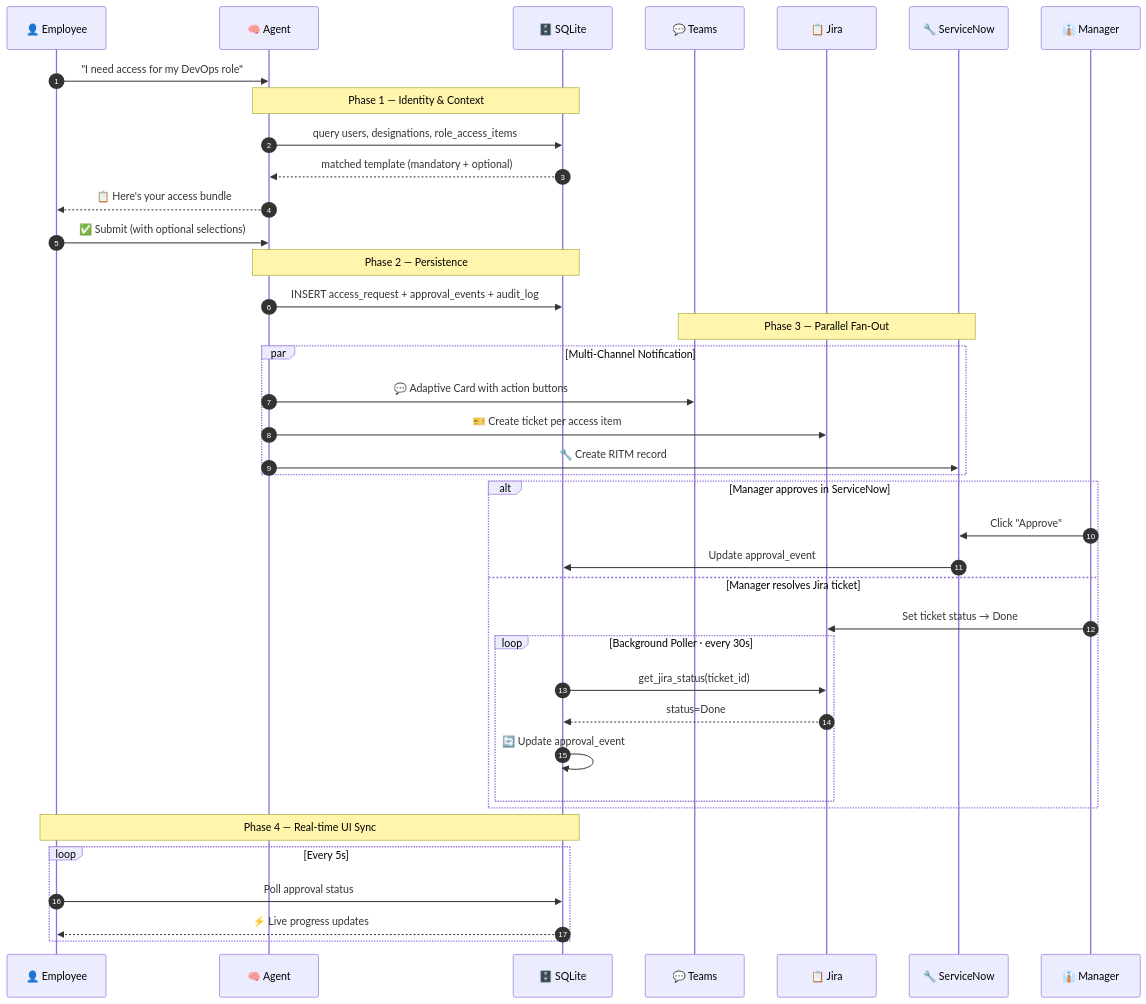
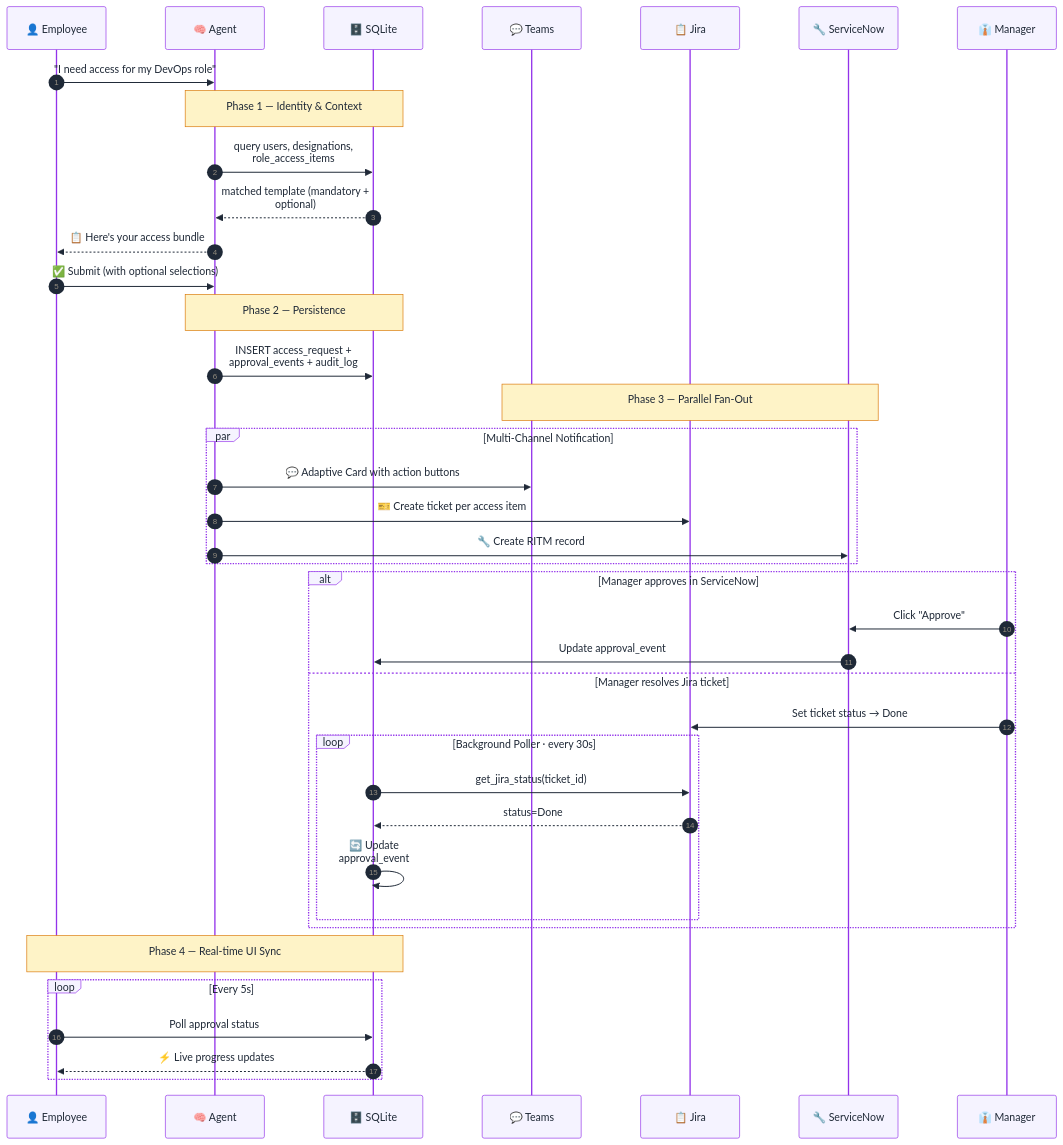
The fourth of 4 diagrams in README.md (Salman1310/hackherway-ps6), drawn with Mermaid before and after one commit. The commit also changed other lines of this file, not shown here.

Commit message:
docs: theme mermaid sequence diagrams for readability

````diff
--- a/README.md
+++ b/README.md
@@ -297,49 +298,50 @@
 ```mermaid
+%%{init: {'theme':'base', 'themeVariables':{'fontSize':'17px','primaryColor':'#ede9fe','primaryTextColor':'#1f2937','primaryBorderColor':'#9333EA','lineColor':'#6b7280','actorBkg':'#f5f3ff','actorBorder':'#9333EA','actorTextColor':'#1f2937','noteBkgColor':'#fef3c7','noteTextColor':'#1f2937','noteBorderColor':'#d97706'}, 'sequence':{'actorFontSize':17,'noteFontSize':16,'messageFontSize':15,'actorMargin':90,'noteMargin':18,'boxMargin':12,'messageMargin':40,'wrap':true}}}%%
 sequenceDiagram
     autonumber
     participant E as 👤 Employee
     participant AI as 🧠 Agent
     participant DB as 🗄️ SQLite
     participant T as 💬 Teams
     participant J as 📋 Jira
     participant SN as 🔧 ServiceNow
     participant M as 👔 Manager
 
     E->>AI: "I need access for my DevOps role"
 
     Note over AI,DB: Phase 1 — Identity & Context
     AI->>DB: query users, designations, role_access_items
     DB-->>AI: matched template (mandatory + optional)
     AI-->>E: 📋 Here's your access bundle
 
     E->>AI: ✅ Submit (with optional selections)
 
     Note over AI,DB: Phase 2 — Persistence
     AI->>DB: INSERT access_request + approval_events + audit_log
 
     Note over T,SN: Phase 3 — Parallel Fan-Out
     par Multi-Channel Notification
         AI->>T: 💬 Adaptive Card with action buttons
         AI->>J: 🎫 Create ticket per access item
         AI->>SN: 🔧 Create RITM record
     end
 
     alt Manager approves in ServiceNow
         M->>SN: Click "Approve"
         SN->>DB: Update approval_event
     else Manager resolves Jira ticket
         M->>J: Set ticket status → Done
 
         loop Background Poller · every 30s
             DB->>J: get_jira_status(ticket_id)
             J-->>DB: status=Done
             DB->>DB: 🔄 Update approval_event
         end
     end
 
     Note over E,DB: Phase 4 — Real-time UI Sync
     loop Every 5s
         E->>DB: Poll approval status
         DB-->>E: ⚡ Live progress updates
     end
 ```
````
